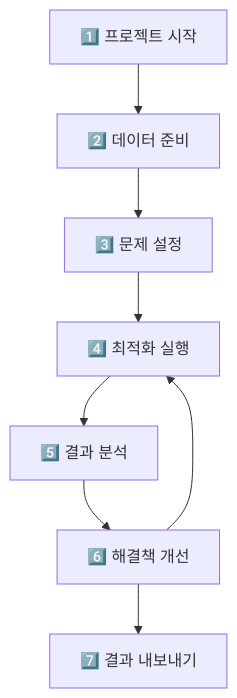
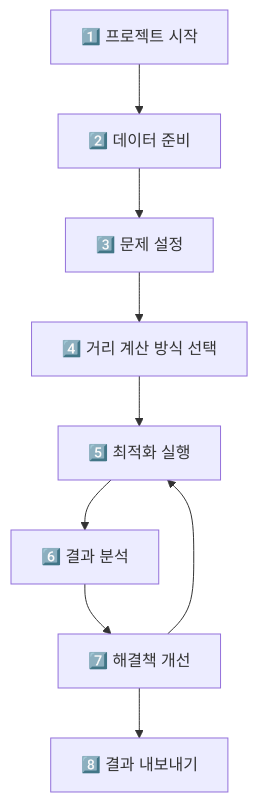
Before and after one commit to omeletJK/TMS-MCP-Server: the diagram in README.md, drawn with Mermaid. The commit also changed other lines of this file and 3 other files, not shown here.

````diff
--- a/README.md
+++ b/README.md
@@ -113,10 +113,11 @@
 ```mermaid
 graph TD
     A[1️⃣ 프로젝트 시작] --> B[2️⃣ 데이터 준비]
     B --> C[3️⃣ 문제 설정]
-    C --> D[4️⃣ 최적화 실행]
-    D --> E[5️⃣ 결과 분석]
-    E --> F[6️⃣ 해결책 개선]
-    F --> G[7️⃣ 결과 내보내기]
-    F --> D
+    C --> D[4️⃣ 거리 계산 방식 선택]
+    D --> E[5️⃣ 최적화 실행]
+    E --> F[6️⃣ 결과 분석]
+    F --> G[7️⃣ 해결책 개선]
+    G --> H[8️⃣ 결과 내보내기]
+    G --> E
 ```
````
